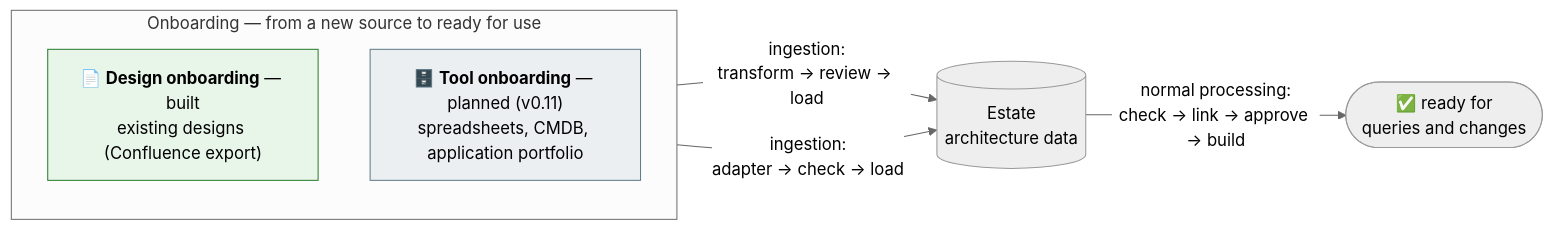
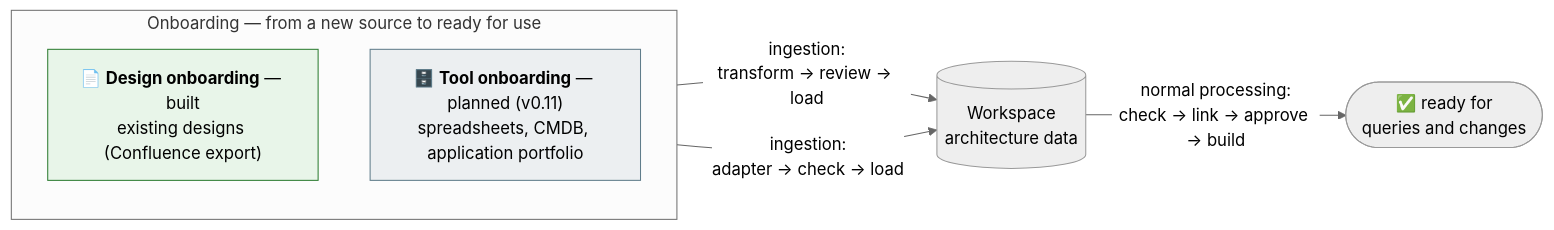
The first of 3 diagrams in docs/sdem-onboarding-workflow.md (taumoeps/bian-sdem-framework), drawn with Mermaid (neutral theme) before and after one commit. The commit also changed other lines of this file and 155 other files, not shown here.

````diff
--- a/docs/sdem-onboarding-workflow.md
+++ b/docs/sdem-onboarding-workflow.md
@@ -11,15 +11,15 @@
 ```mermaid
 flowchart LR
     subgraph ON["Onboarding — from a new source to ready for use"]
         direction TB
         D["📄 <b>Design onboarding</b> — built<br/>existing designs (Confluence export)"]
         T["🗄️ <b>Tool onboarding</b> — planned (v0.11)<br/>spreadsheets, CMDB, application portfolio"]
     end
-    D -->|"ingestion:<br/>transform → review → load"| E[("Estate<br/>architecture data")]
+    D -->|"ingestion:<br/>transform → review → load"| E[("Workspace<br/>architecture data")]
     T -->|"ingestion:<br/>adapter → check → load"| E
     E -->|"normal processing:<br/>check → link → approve → build"| R(["✅ ready for<br/>queries and changes"])
     classDef built fill:#E8F5E9,stroke:#2E7D32
     classDef next fill:#ECEFF1,stroke:#607D8B
     class D built
     class T next
 ```
````
